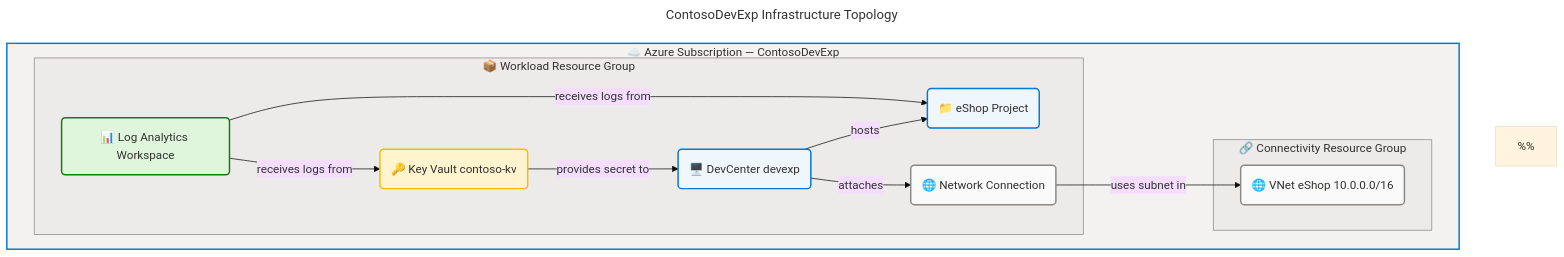
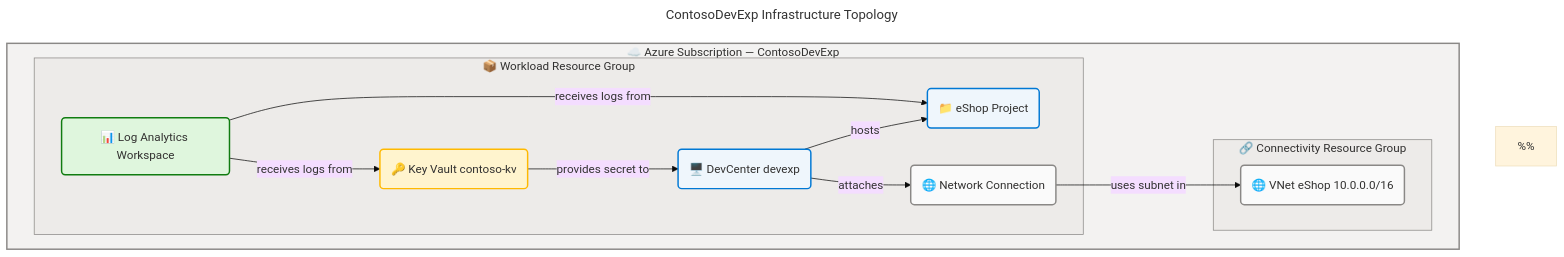
Before and after one commit to Evilazaro/DevExp-DevBox: the first of 3 diagrams in docs/architecture/tech-arch.md, drawn with Mermaid. The commit also changed other lines of this file and 3 other files, not shown here.

Commit message:
Refactor resource tables in tech-arch.md for improved readability and consistency; update color styles in flowcharts for better visual coherence.

````diff
--- a/docs/architecture/tech-arch.md
+++ b/docs/architecture/tech-arch.md
@@ -186,55 +186,55 @@
 ```mermaid
 ---
 title: "ContosoDevExp Infrastructure Topology"
 config:
   theme: base
   look: classic
   layout: dagre
   themeVariables:
     fontSize: '16px'
   flowchart:
     htmlLabels: true
 ---
 flowchart TB
     accTitle: ContosoDevExp Infrastructure Topology
     accDescr: Azure infrastructure topology showing the Azure Subscription containing the Workload Resource Group with DevCenter devexp, Key Vault, Log Analytics Workspace, Network Connection, and eShop Project; and the Connectivity Resource Group with the eShop Virtual Network. Arrows indicate dependencies and data flow between components. Nodes: devcenter=core, kv=warning, law=success, netconn=neutral, eshop=core, vnet=neutral. WCAG AA compliant.
     %%
     %% AZURE / FLUENT ARCHITECTURE PATTERN v2.0
     %% (Semantic + Structural + Font + Accessibility Governance)
     %%
     %% PHASE 1 - FLUENT UI: All styling uses approved Fluent UI palette only
     %% PHASE 2 - GROUPS: Every subgraph has semantic color via style directive
     %% PHASE 3 - COMPONENTS: Every node has semantic classDef + icon prefix
     %% PHASE 4 - ACCESSIBILITY: accTitle/accDescr present, WCAG AA contrast
     %% PHASE 5 - STANDARD: Governance block present, classDefs centralized
     %%
 
     subgraph azSub["☁️ Azure Subscription — ContosoDevExp"]
         subgraph workloadRg["📦 Workload Resource Group"]
             devcenter("🖥️ DevCenter devexp"):::core
             kv("🔑 Key Vault contoso-kv"):::warning
             law("📊 Log Analytics Workspace"):::success
             netconn("🌐 Network Connection"):::neutral
             eshop("📁 eShop Project"):::core
         end
         subgraph connectRg["🔗 Connectivity Resource Group"]
             vnet("🌐 VNet eShop 10.0.0.0/16"):::neutral
         end
     end
 
     devcenter -->|hosts| eshop
     devcenter -->|attaches| netconn
     netconn -->|uses subnet in| vnet
     kv -->|provides secret to| devcenter
     law -->|receives logs from| kv
     law -->|receives logs from| eshop
 
     classDef core fill:#EFF6FC,stroke:#0078D4,stroke-width:2px,color:#323130
     classDef warning fill:#FFF4CE,stroke:#FFB900,stroke-width:2px,color:#323130
     classDef success fill:#DFF6DD,stroke:#107C10,stroke-width:2px,color:#323130
     classDef neutral fill:#FAFAFA,stroke:#8A8886,stroke-width:2px,color:#323130
 
-    style azSub fill:#F3F2F1,stroke:#0078D4,stroke-width:2px,color:#323130
+    style azSub fill:#F3F2F1,stroke:#8A8886,stroke-width:2px,color:#323130
     style workloadRg fill:#EDEBE9,stroke:#8A8886,stroke-width:1px,color:#323130
     style connectRg fill:#EDEBE9,stroke:#8A8886,stroke-width:1px,color:#323130
 ```
````
